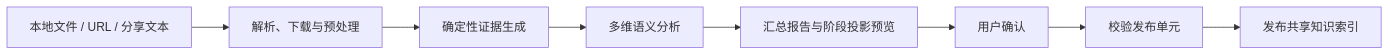
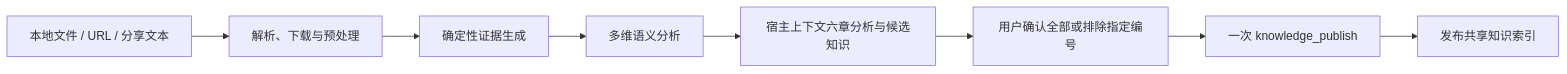
The second of 2 diagrams in docs/架构/剪辑创作插件架构设计.md (guigu856/video-create), drawn with Mermaid before and after one commit. The commit also changed other lines of this file and 7 other files, not shown here.

````diff
--- a/docs/架构/剪辑创作插件架构设计.md
+++ b/docs/架构/剪辑创作插件架构设计.md
@@ -322,10 +321,10 @@
 ```mermaid
 flowchart LR
     A["本地文件 / URL / 分享文本"] --> B["解析、下载与预处理"]
     B --> C["确定性证据生成"]
     C --> D["多维语义分析"]
-    D --> E["汇总报告与阶段投影预览"]
-    E --> F["用户确认"]
-    F --> G["校验发布单元"]
+    D --> E["宿主上下文六章分析与候选知识"]
+    E --> F["用户确认全部或排除指定编号"]
+    F --> G["一次 knowledge_publish"]
     G --> H["发布共享知识索引"]
 ```
````
